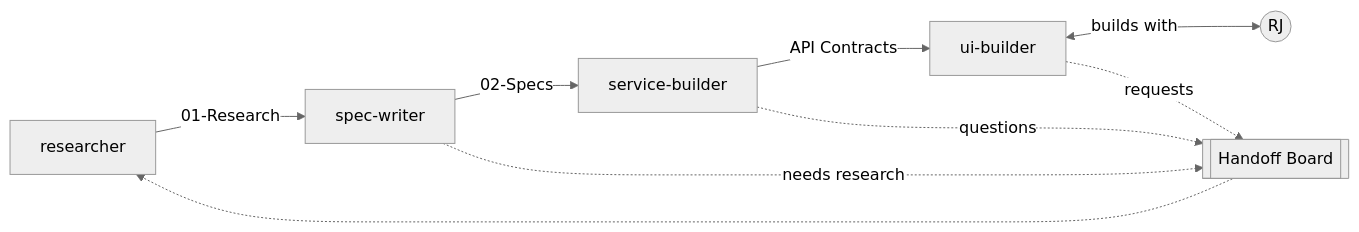
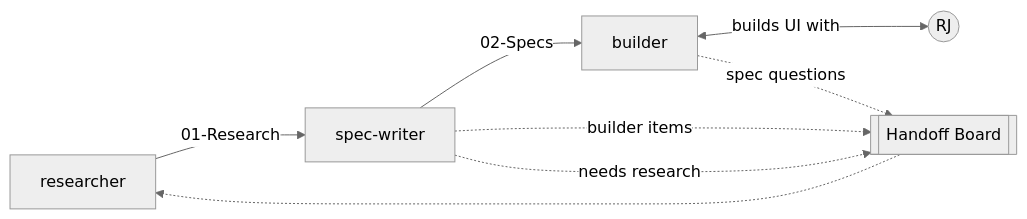
The diagram in brain/Home.md (Rayven-D/RiftboundDeckBuilder), drawn with Mermaid (neutral theme) before and after one commit. The commit also changed other lines of this file and 14 other files, not shown here.

First line of the commit message:
Agents: one builder agent replaces service-builder and ui-builder

````diff
--- a/brain/Home.md
+++ b/brain/Home.md
@@ -36,11 +36,10 @@
 ```mermaid
 flowchart LR
   R[researcher] -->|01-Research| S[spec-writer]
-  S -->|02-Specs| B[service-builder]
-  B -->|API Contracts| U[ui-builder]
-  U <-->|builds with| RJ((RJ))
-  B -.questions.-> H[[Handoff Board]]
-  U -.requests.-> H
+  S -->|02-Specs| B[builder]
+  B <-->|builds UI with| RJ((RJ))
+  B -.spec questions.-> H[[Handoff Board]]
+  S -.builder items.-> H
   S -.needs research.-> H
   H -.-> R
 ```
````
